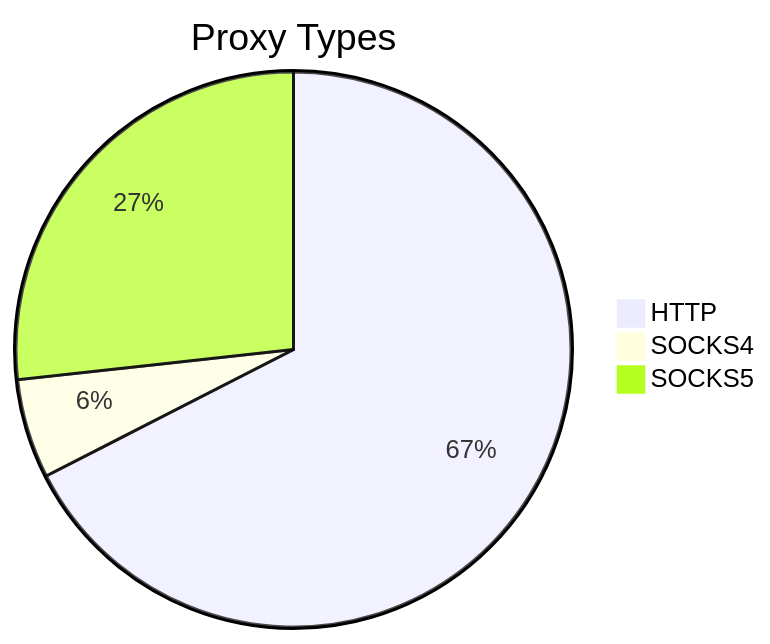
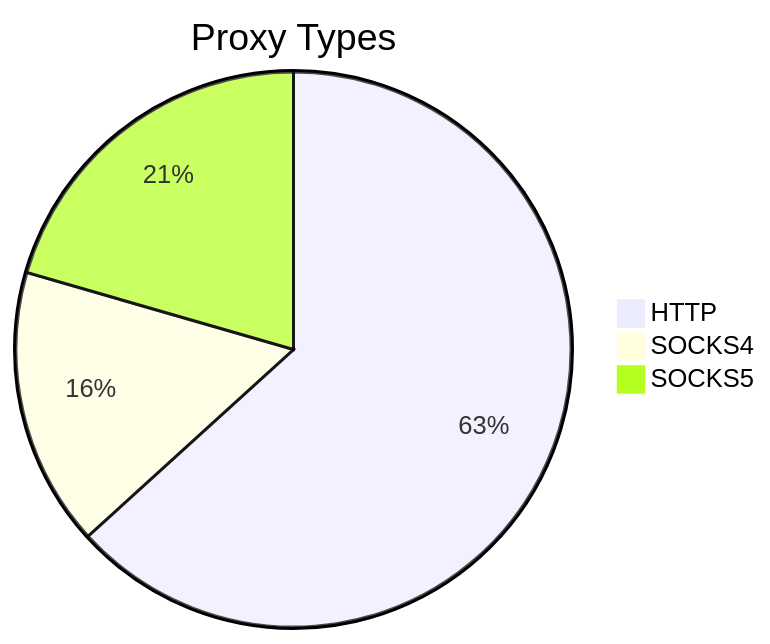
The first of 2 diagrams in README.md (stormsia/proxy-list), drawn with Mermaid before and after one commit. The commit also changed other lines of this file, not shown here.

````diff
--- a/README.md
+++ b/README.md
@@ -21,6 +21,6 @@
 ```mermaid
 pie title Proxy Types
-    "HTTP" : 583
-    "SOCKS4" : 50
-    "SOCKS5" : 231
+    "HTTP" : 792
+    "SOCKS4" : 203
+    "SOCKS5" : 257
 ```
````
